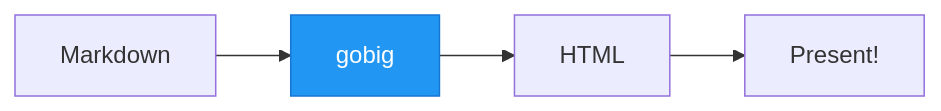
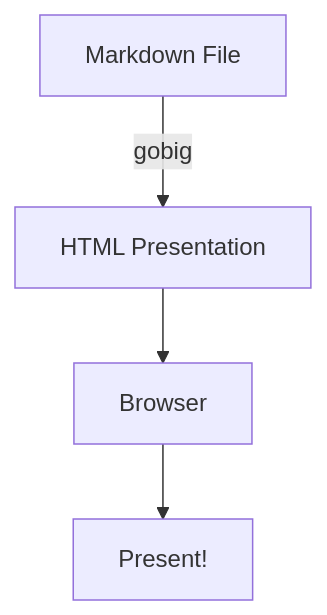
The diagram in examples/advanced.md (sroberts/gobig), drawn with Mermaid before and after one commit. The commit also changed 2 other files, not shown here.

Commit message:
Fix Mermaid diagram rendering with server-side SVG generation
Switched from client-side to server-side Mermaid rendering to resolve
syntax errors and reduce file size:

- Use default goldmark-mermaid mode (server-side rendering)
- Diagrams converted to SVG at build time (no JavaScript needed)
- Removed embedded mermaid.js (~2.6MB) from output
- File sizes reduced from 2.6MB to ~23KB
- Fixed "Syntax Error in Text" display issues

Updated examples/advanced.md with working graph TD diagram.

🤖 Generated with [Claude Code](https://claude.com/claude-code)

````diff
--- a/examples/advanced.md
+++ b/examples/advanced.md
@@ -151,7 +151,6 @@
 ```mermaid
-graph LR
-    A[Markdown] --> B[gobig]
-    B --> C[HTML]
+graph TD
+    A[Markdown File] -->|gobig| B[HTML Presentation]
+    B --> C[Browser]
     C --> D[Present!]
-    style B fill:#2196F3,stroke:#1976D2,color:#fff
 ```
````
